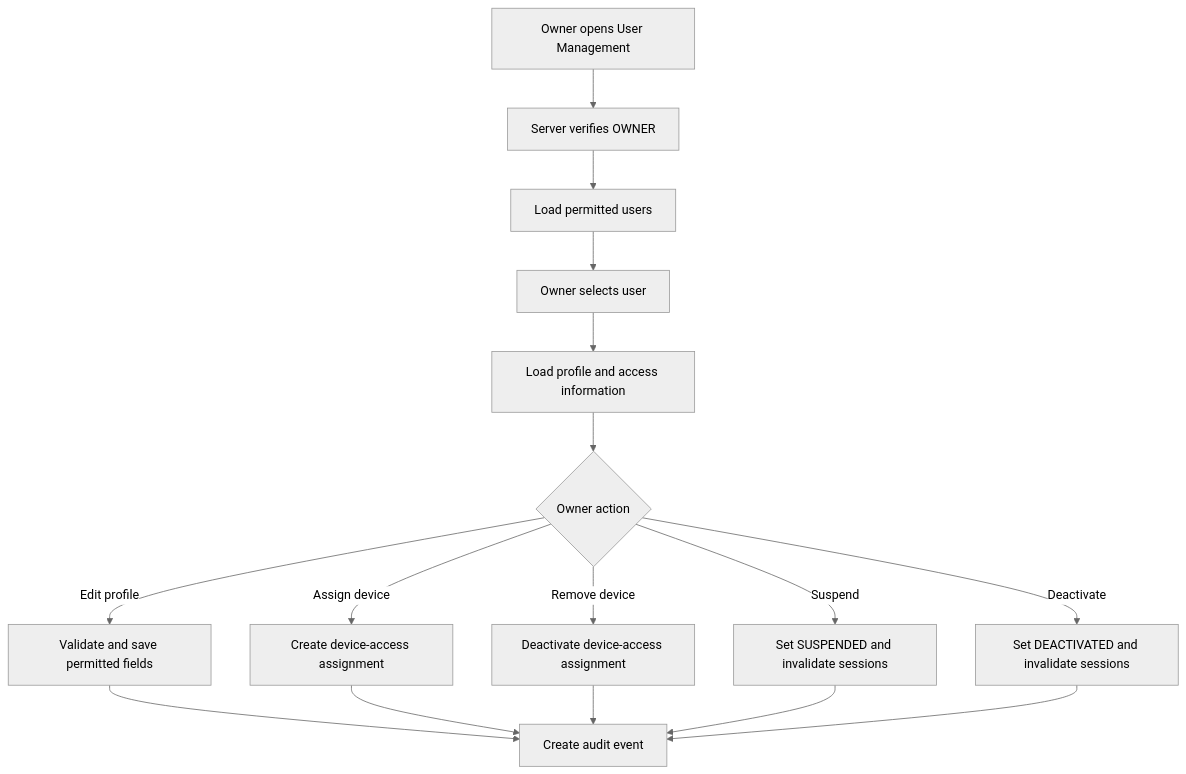
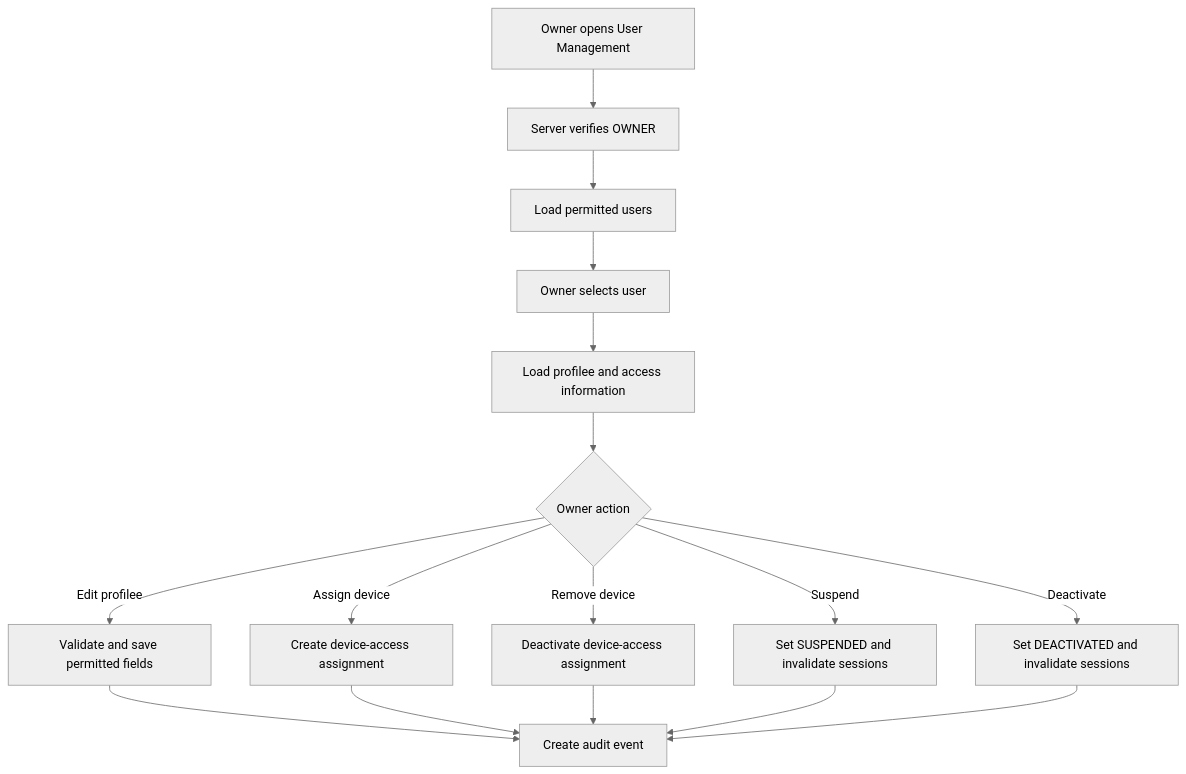
Before and after one commit to Hugo141132/Melon: the fourth of 6 diagrams in docs/USER_FLOWS.md, drawn with Mermaid (neutral theme). The commit also changed other lines of this file and 31 other files, not shown here.

````diff
--- a/docs/USER_FLOWS.md
+++ b/docs/USER_FLOWS.md
@@ -147,18 +147,18 @@
 ```mermaid
 flowchart TD
     A[Owner opens User Management] --> B[Server verifies OWNER]
     B --> C[Load permitted users]
     C --> D[Owner selects user]
-    D --> E[Load profile and access information]
+    D --> E[Load profilee and access information]
     E --> F{Owner action}
-    F -- Edit profile --> G[Validate and save permitted fields]
+    F -- Edit profilee --> G[Validate and save permitted fields]
     F -- Assign device --> H[Create device-access assignment]
     F -- Remove device --> I[Deactivate device-access assignment]
     F -- Suspend --> J[Set SUSPENDED and invalidate sessions]
     F -- Deactivate --> K[Set DEACTIVATED and invalidate sessions]
     G --> L[Create audit event]
     H --> L
     I --> L
     J --> L
     K --> L
 ```
````
